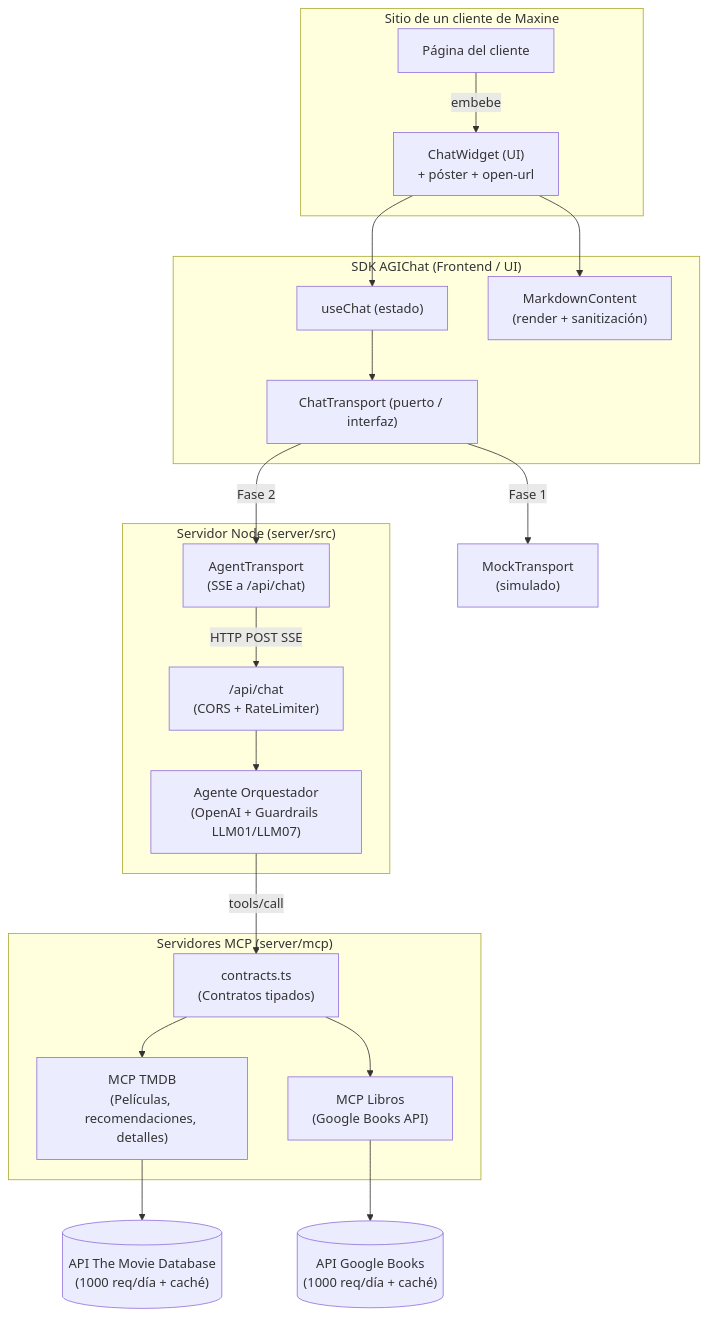
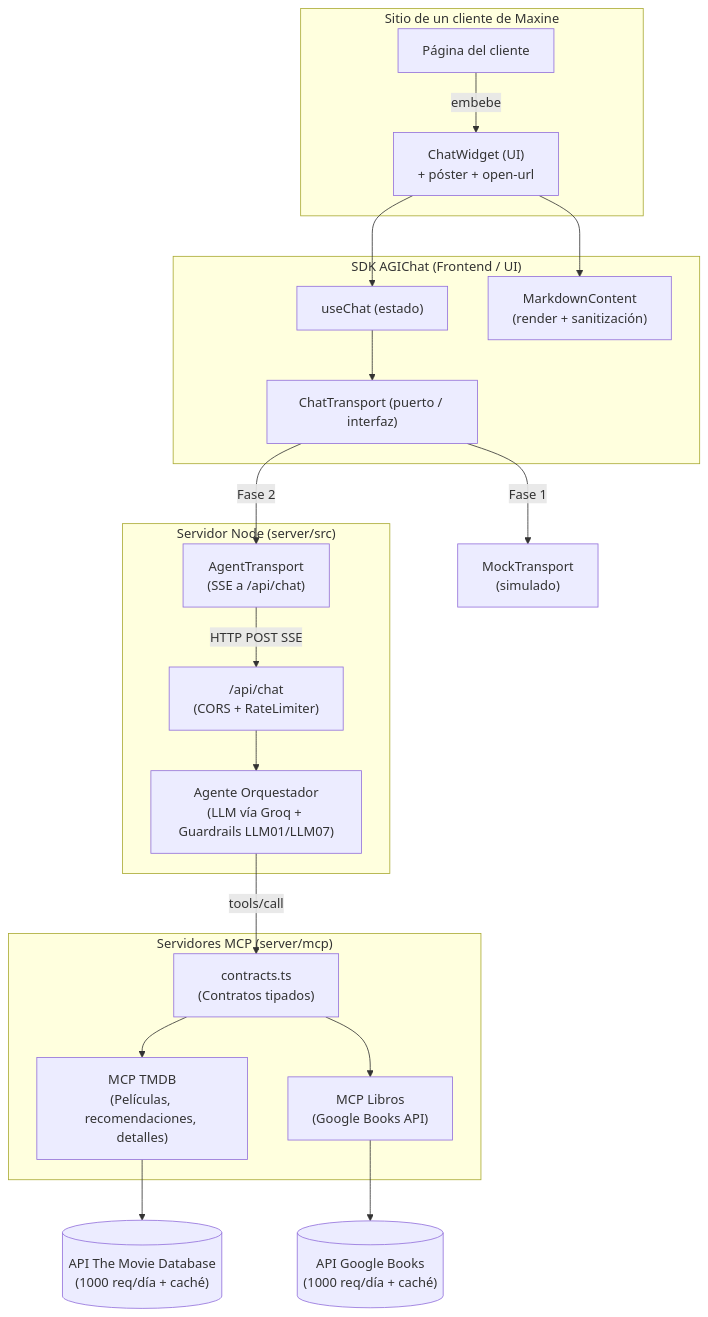
The diagram in docs/ARQUITECTURA.md (her24770/ai_engineering-proyecto-1), drawn with Mermaid before and after one commit. The commit also changed 15 other files, not shown here.

First line of the commit message:
refactor(agent): usar variables LLM_* con Groq por defecto y reintentos

````diff
--- a/docs/ARQUITECTURA.md
+++ b/docs/ARQUITECTURA.md
@@ -17,29 +17,29 @@
 ```mermaid
 flowchart TD
     subgraph Cliente["Sitio de un cliente de Maxine"]
         Host["Página del cliente"] -->|embebe| Widget
     end
 
     subgraph SDK["SDK AGIChat (Frontend / UI)"]
         Widget["ChatWidget (UI)\n+ póster + open-url"] --> Hook["useChat (estado)"]
         Hook --> Contract["ChatTransport (puerto / interfaz)"]
         Widget --> Markdown["MarkdownContent\n(render + sanitización)"]
     end
 
     Contract -->|"Fase 1"| Mock["MockTransport\n(simulado)"]
     Contract -->|"Fase 2"| AgentTransport["AgentTransport\n(SSE a /api/chat)"]
 
     subgraph Backend["Servidor Node (server/src)"]
         AgentTransport -->|HTTP POST SSE| API["/api/chat\n(CORS + RateLimiter)"]
-        API --> Agent["Agente Orquestador\n(OpenAI + Guardrails LLM01/LLM07)"]
+        API --> Agent["Agente Orquestador\n(LLM vía Groq + Guardrails LLM01/LLM07)"]
     end
 
     subgraph MCP["Servidores MCP (server/mcp)"]
         Agent -->|tools/call| Contracts["contracts.ts\n(Contratos tipados)"]
         Contracts --> MCPTMDB["MCP TMDB\n(Películas, recomendaciones, detalles)"]
         Contracts --> MCPBooks["MCP Libros\n(Google Books API)"]
     end
 
     MCPTMDB --> TMDBAPI[("API The Movie Database\n(1000 req/día + caché)")]
     MCPBooks --> BooksAPI[("API Google Books\n(1000 req/día + caché)")]
 ```
````
